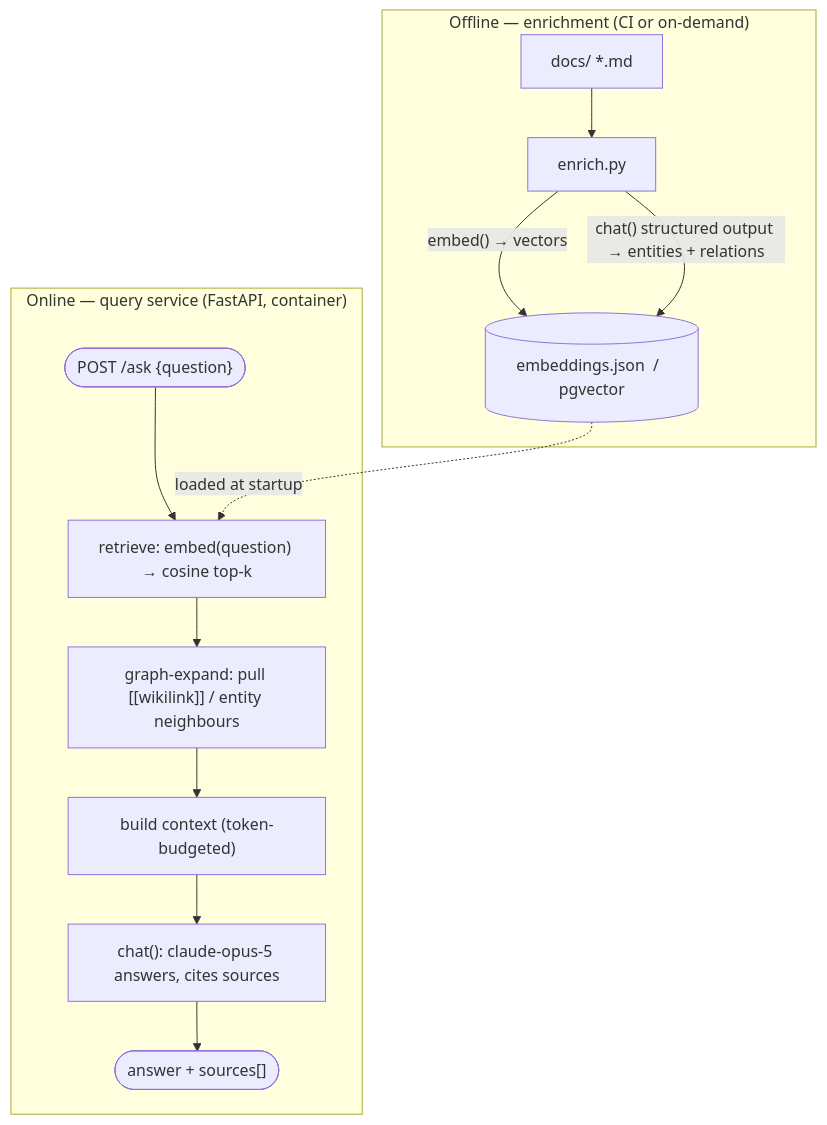
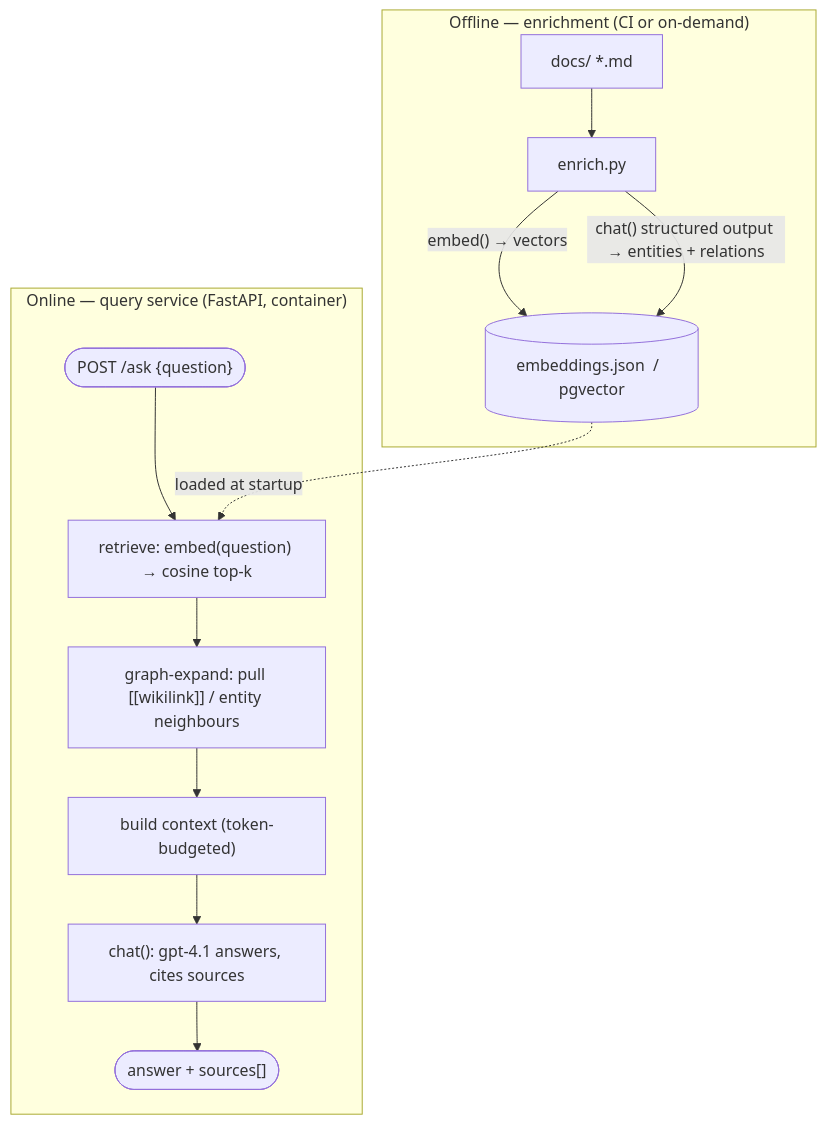
Before and after one commit to LEO-CDP/leo-customer360: the diagram in deployments/document/ai-vector-search-plan.md, drawn with Mermaid. The commit also changed other lines of this file and 14 other files, not shown here.

First line of the commit message:
feat(docs-vector-search): OpenAI Graph-RAG service over the docs corpus

````diff
--- a/deployments/document/ai-vector-search-plan.md
+++ b/deployments/document/ai-vector-search-plan.md
@@ -43,16 +43,16 @@
 ```mermaid
 flowchart TB
   subgraph offline["Offline — enrichment (CI or on-demand)"]
     D["docs/ *.md"] --> E["enrich.py"]
     E -->|"embed() → vectors"| C[("embeddings.json  /  pgvector")]
     E -->|"chat() structured output → entities + relations"| C
   end
   subgraph online["Online — query service (FastAPI, container)"]
     Q(["POST /ask {question}"]) --> R["retrieve: embed(question) → cosine top-k"]
     R --> X["graph-expand: pull [[wikilink]] / entity neighbours"]
     X --> B["build context (token-budgeted)"]
-    B --> A["chat(): claude-opus-5 answers, cites sources"]
+    B --> A["chat(): gpt-4.1 answers, cites sources"]
     A --> O(["answer + sources[]"])
     C -.loaded at startup.-> R
   end
 ```
````
